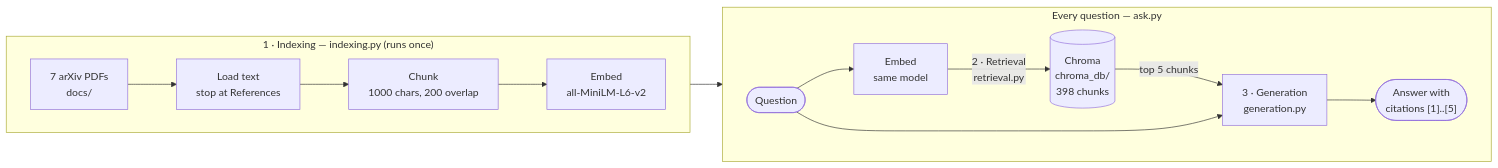
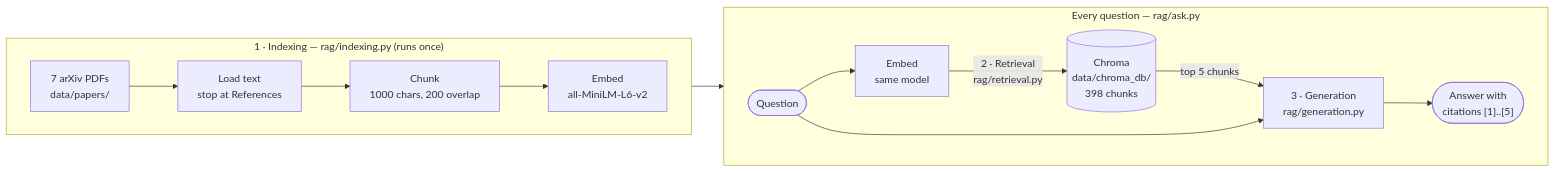
The first of 4 diagrams in README.md (jotavare/rag-from-papers), drawn with Mermaid before and after one commit. The commit also changed other lines of this file, not shown here.

````diff
--- a/README.md
+++ b/README.md
@@ -14,21 +37,21 @@
 ```mermaid
 flowchart LR
-    subgraph IDX["1 · Indexing — indexing.py (runs once)"]
+    subgraph IDX["1 · Indexing — rag/indexing.py (runs once)"]
         direction LR
-        P["7 arXiv PDFs<br/>docs/"] --> L["Load text<br/>stop at References"]
+        P["7 arXiv PDFs<br/>data/papers/"] --> L["Load text<br/>stop at References"]
         L --> C["Chunk<br/>1000 chars, 200 overlap"]
         C --> E1["Embed<br/>all-MiniLM-L6-v2"]
     end
 
-    DB[("Chroma<br/>chroma_db/<br/>398 chunks")]
+    DB[("Chroma<br/>data/chroma_db/<br/>398 chunks")]
     E1 --> DB
 
-    subgraph Q["Every question — ask.py"]
+    subgraph Q["Every question — rag/ask.py"]
         direction LR
         U(["Question"]) --> E2["Embed<br/>same model"]
-        E2 -->|"2 · Retrieval<br/>retrieval.py"| DB
-        DB -->|"top 5 chunks"| G["3 · Generation<br/>generation.py"]
+        E2 -->|"2 · Retrieval<br/>rag/retrieval.py"| DB
+        DB -->|"top 5 chunks"| G["3 · Generation<br/>rag/generation.py"]
         U --> G
         G --> A(["Answer with<br/>citations [1]..[5]"])
     end
 ```
````
